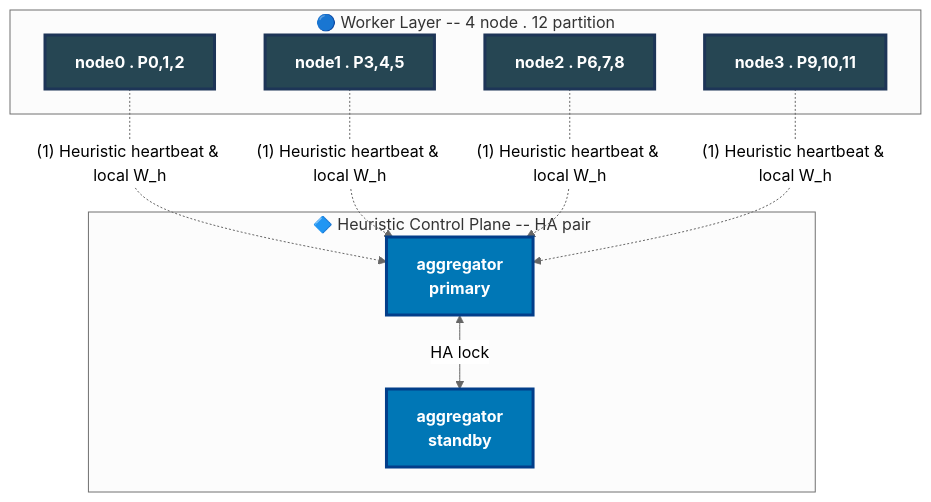
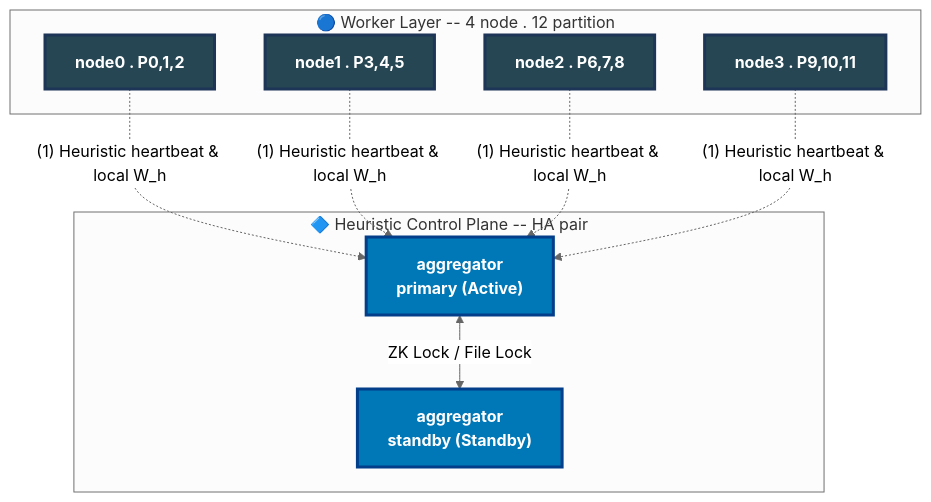
One commit to ldqanh1408/csdlpt changed the third of 9 diagrams in docs/Distributed Database Project Proposal Template.docx/project_proposal_summary.md. Above: the diagram before and after it, drawn with Mermaid (neutral theme). The commit also changed other lines of this file and 74 other files, not shown here.

````diff
--- a/docs/Distributed Database Project Proposal Template.docx/project_proposal_summary.md
+++ b/docs/Distributed Database Project Proposal Template.docx/project_proposal_summary.md
@@ -159,20 +159,20 @@
   ```mermaid
   flowchart TB
       classDef worker fill:#264653,stroke:#1d3557,color:#fff,stroke-width:3px,font-size:16px,font-weight:bold
       classDef heur fill:#0077b6,stroke:#023e8a,color:#fff,stroke-width:3px,font-size:16px,font-weight:bold
 
       subgraph workers["🔵 Worker Layer -- 4 node . 12 partition"]
           N0["node0 . P0,1,2"]:::worker
           N1["node1 . P3,4,5"]:::worker
           N2["node2 . P6,7,8"]:::worker
           N3["node3 . P9,10,11"]:::worker
       end
 
       subgraph heurcp["🔷 Heuristic Control Plane -- HA pair"]
-          AGG["aggregator<br/>primary"]:::heur
-          AGGS["aggregator<br/>standby"]:::heur
-          AGG <-->|HA lock| AGGS
+          AGG["aggregator<br/>primary (Active)"]:::heur
+          AGGS["aggregator<br/>standby (Standby)"]:::heur
+          AGG <-->|ZK Lock / File Lock| AGGS
       end
 
       N0 & N1 & N2 & N3 -.->|"(1) Heuristic heartbeat & local W_h"| AGG
   ```
````
